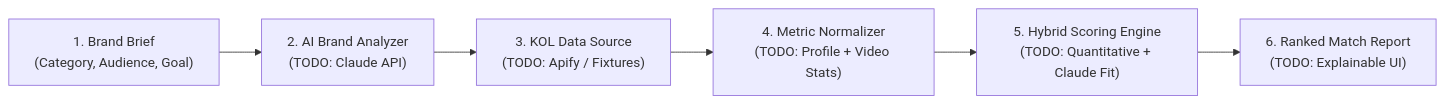
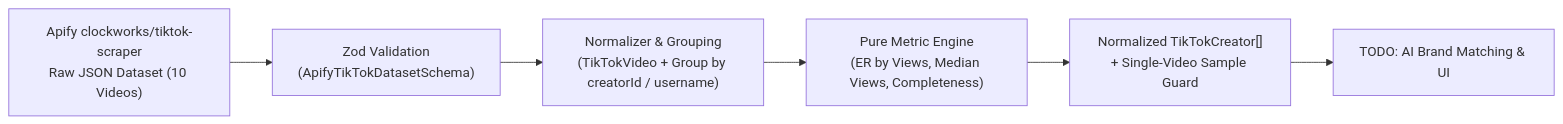
Before and after one commit to worapon888/convert-cake-kol-matcher: the diagram in README.md, drawn with Mermaid. The commit also changed other lines of this file and 14 other files, not shown here.

Commit message:
feat(tiktok): implement Apify schema validation, data normalization, creator metrics, and unit tests

````diff
--- a/README.md
+++ b/README.md
@@ -86,8 +86,8 @@
 ```mermaid
 flowchart LR
-    Brief["1. Brand Brief\n(Category, Audience, Goal)"] --> Analyzer["2. AI Brand Analyzer\n(TODO: Claude API)"]
-    Analyzer --> Ingestion["3. KOL Data Source\n(TODO: Apify / Fixtures)"]
-    Ingestion --> Normalizer["4. Metric Normalizer\n(TODO: Profile + Video Stats)"]
-    Normalizer --> Scorer["5. Hybrid Scoring Engine\n(TODO: Quantitative + Claude Fit)"]
-    Scorer --> Dashboard["6. Ranked Match Report\n(TODO: Explainable UI)"]
+    Raw["Apify clockworks/tiktok-scraper\nRaw JSON Dataset (10 Videos)"] --> Schema["Zod Validation\n(ApifyTikTokDatasetSchema)"]
+    Schema --> Normalizer["Normalizer & Grouping\n(TikTokVideo + Group by creatorId / username)"]
+    Normalizer --> Metrics["Pure Metric Engine\n(ER by Views, Median Views, Completeness)"]
+    Metrics --> Creator["Normalized TikTokCreator[]\n+ Single-Video Sample Guard"]
+    Creator --> NextStep["TODO: AI Brand Matching & UI"]
 ```
````
